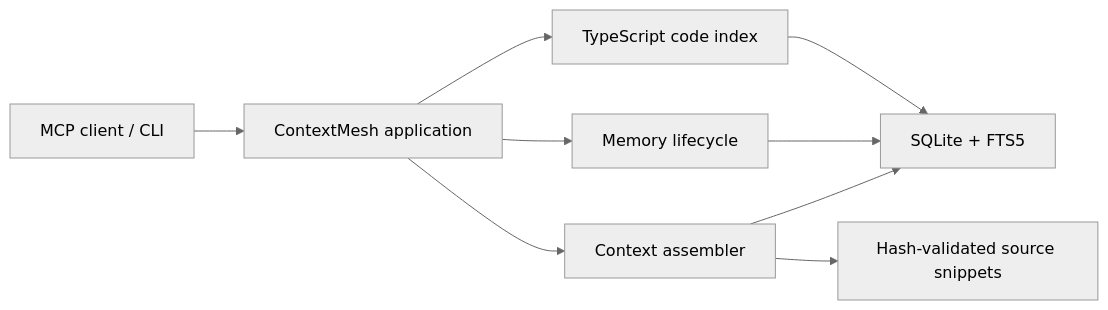
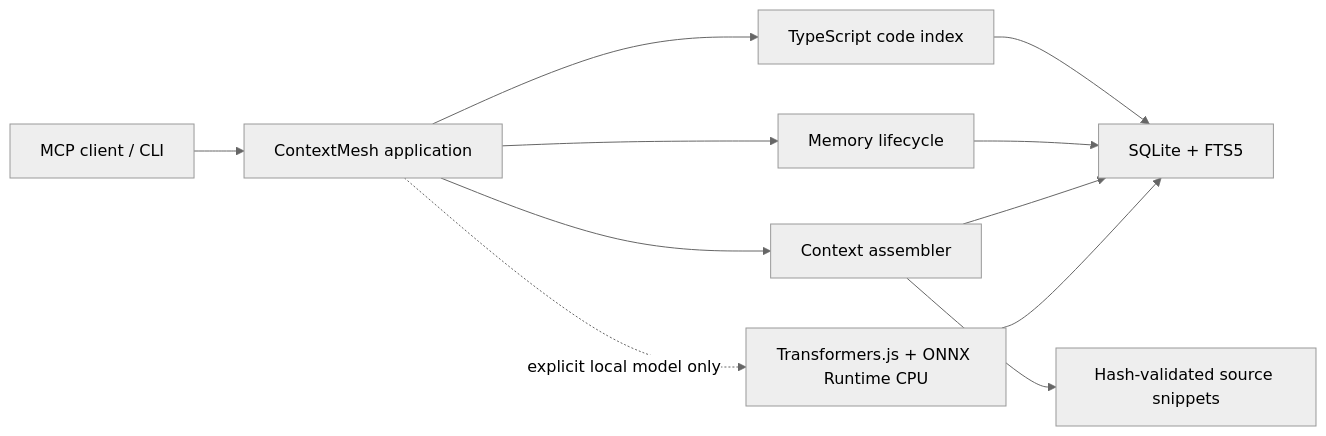
Before and after one commit to gapfixnid/contextmesh: the first of 2 diagrams in docs/architecture.md, drawn with Mermaid (neutral theme). The commit also changed other lines of this file and 32 other files, not shown here.

````diff
--- a/docs/architecture.md
+++ b/docs/architecture.md
@@ -5,11 +5,13 @@
 ```mermaid
 flowchart LR
   Client["MCP client / CLI"] --> App["ContextMesh application"]
   App --> Index["TypeScript code index"]
   App --> Memory["Memory lifecycle"]
   App --> Context["Context assembler"]
+  App -. "explicit local model only" .-> Semantic["Transformers.js + ONNX Runtime CPU"]
   Index --> Storage["SQLite + FTS5"]
   Memory --> Storage
   Context --> Storage
+  Semantic --> Storage
   Context --> Source["Hash-validated source snippets"]
 ```
````
